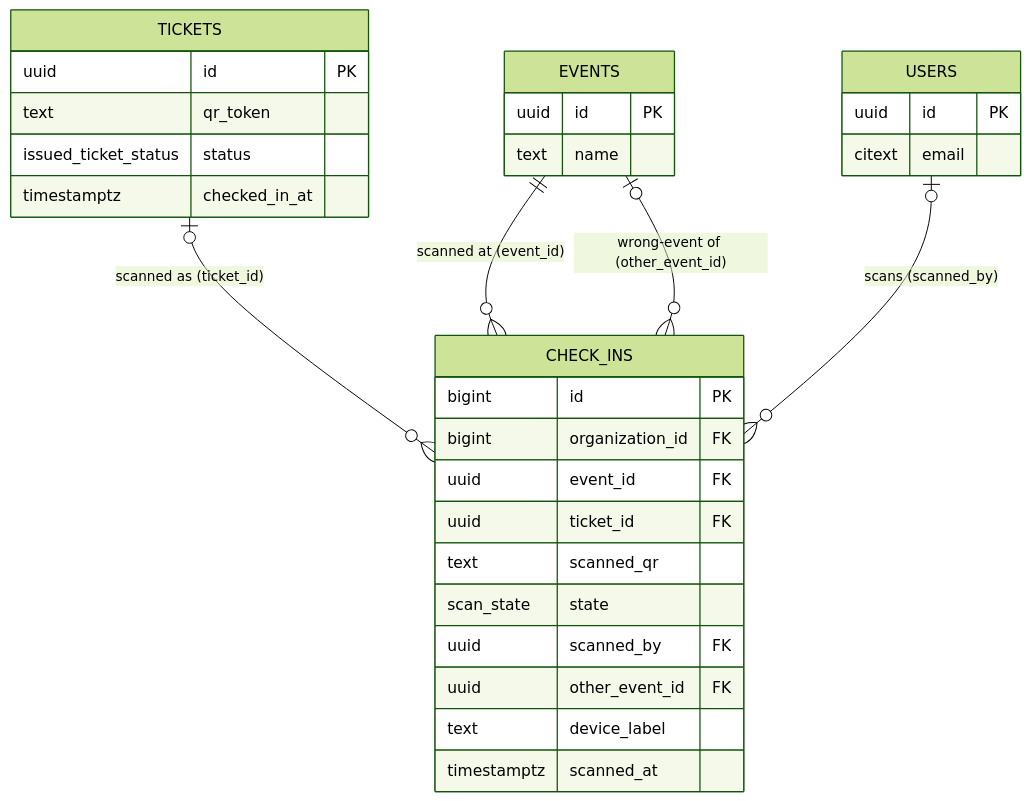
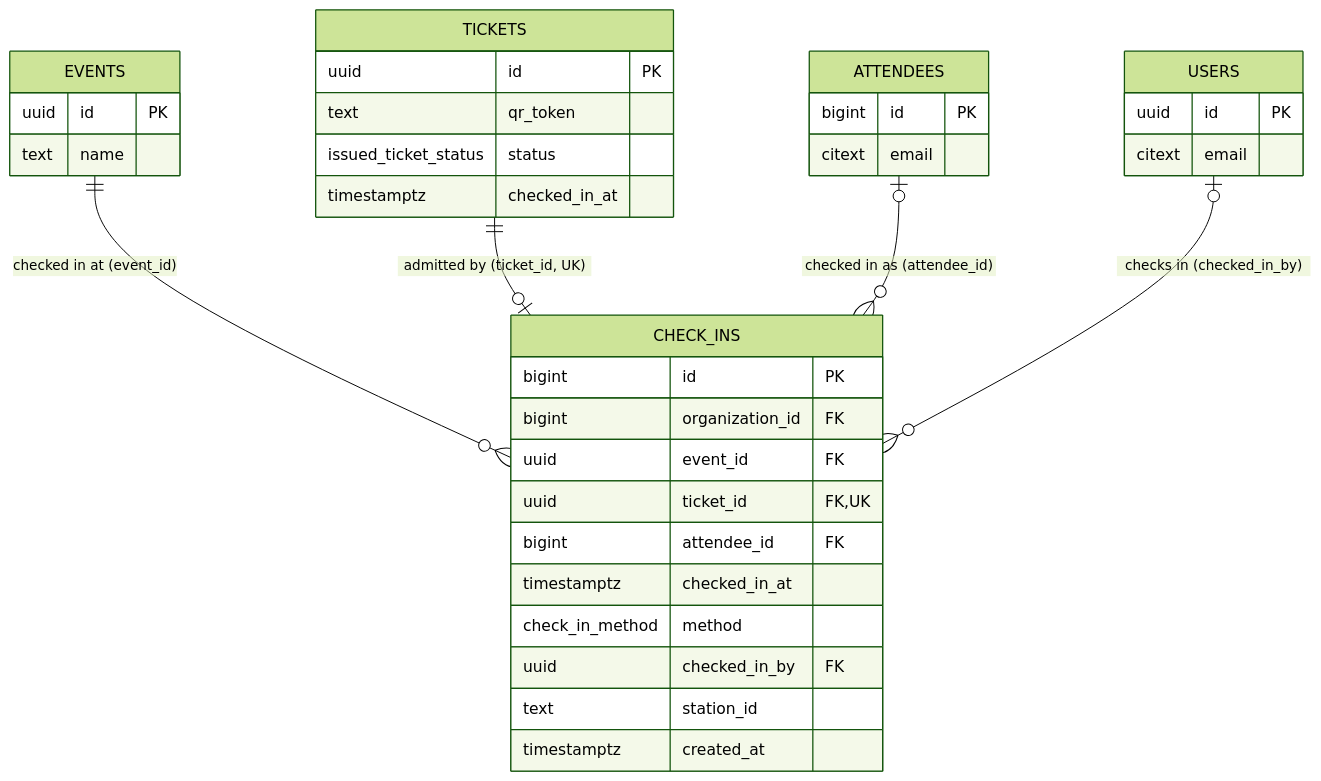
Before and after one commit to kaungkhantdev/eventa-docs: the seventh of 13 diagrams in 04-architecture/erd.md, drawn with Mermaid (forest theme). The commit also changed other lines of this file and 9 other files, not shown here.

First line of the commit message:
docs(erd): saved_events is the seventh junction; payment_settings is 1:1

````diff
--- a/04-architecture/erd.md
+++ b/04-architecture/erd.md
@@ -1192,34 +1333,38 @@
 ```mermaid
 erDiagram
     CHECK_INS {
         bigint id PK
         bigint organization_id FK
         uuid event_id FK
-        uuid ticket_id FK
-        text scanned_qr
-        scan_state state
-        uuid scanned_by FK
-        uuid other_event_id FK
-        text device_label
-        timestamptz scanned_at
+        uuid ticket_id FK,UK
+        bigint attendee_id FK
+        timestamptz checked_in_at
+        check_in_method method
+        uuid checked_in_by FK
+        text station_id
+        timestamptz created_at
     }
     EVENTS {
         uuid id PK
         text name
     }
     TICKETS {
         uuid id PK
         text qr_token
         issued_ticket_status status
         timestamptz checked_in_at
     }
+    ATTENDEES {
+        bigint id PK
+        citext email
+    }
     USERS {
         uuid id PK
         citext email
     }
 
-    EVENTS ||--o{ CHECK_INS : "scanned at (event_id)"
-    TICKETS |o--o{ CHECK_INS : "scanned as (ticket_id)"
-    USERS |o--o{ CHECK_INS : "scans (scanned_by)"
-    EVENTS |o--o{ CHECK_INS : "wrong-event of (other_event_id)"
+    EVENTS ||--o{ CHECK_INS : "checked in at (event_id)"
+    TICKETS ||--o| CHECK_INS : "admitted by (ticket_id, UK)"
+    ATTENDEES |o--o{ CHECK_INS : "checked in as (attendee_id)"
+    USERS |o--o{ CHECK_INS : "checks in (checked_in_by)"
 ```
````
